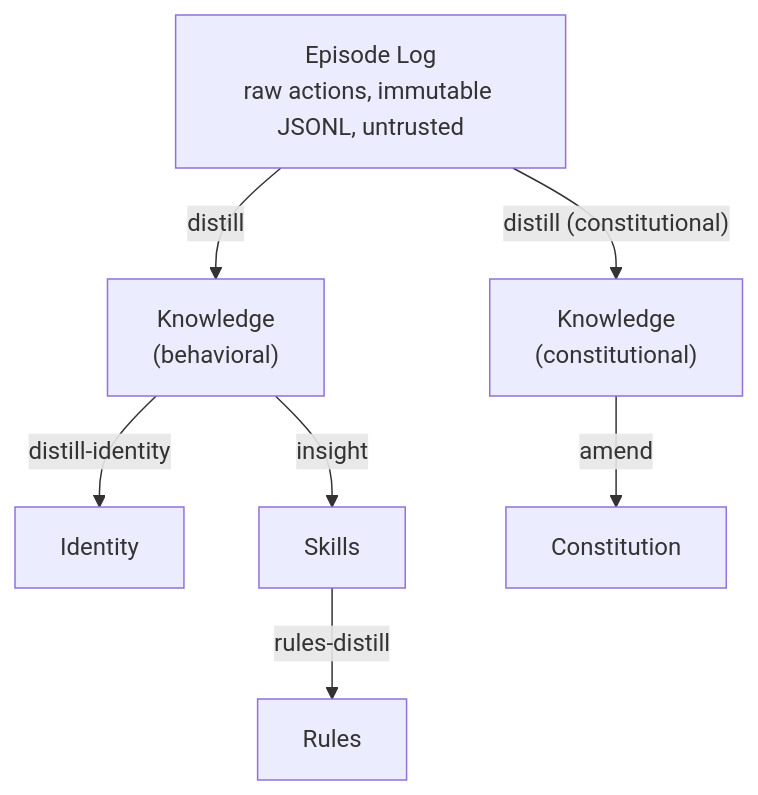
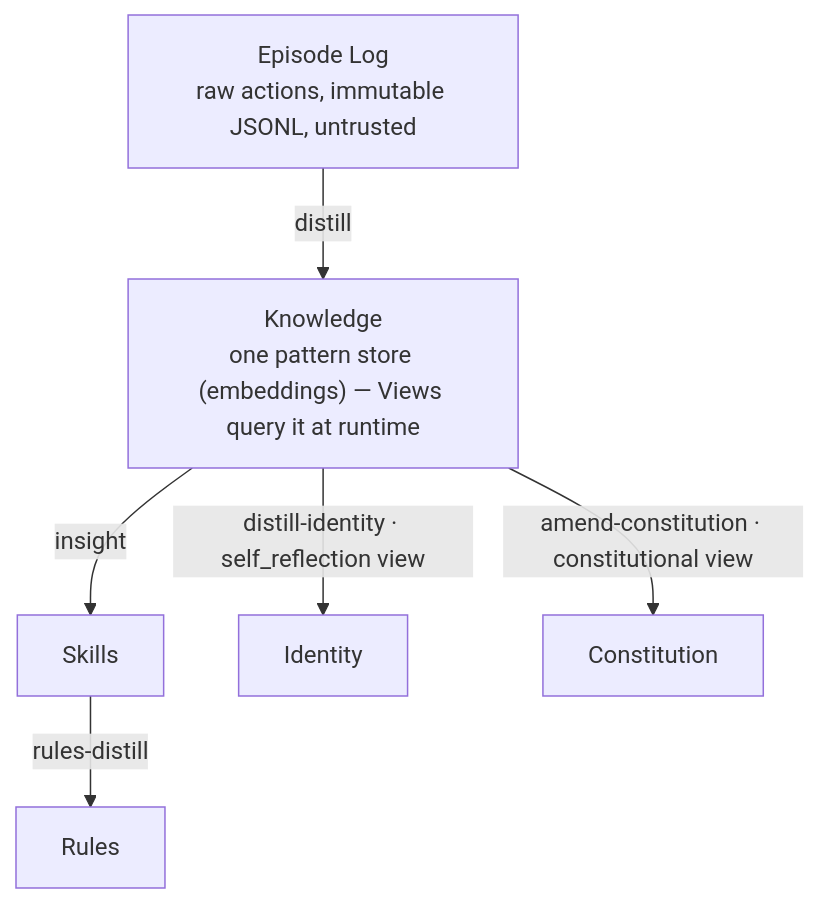
Before and after one commit to shimo4228/contemplative-agent: the diagram in README.md, drawn with Mermaid. The commit also changed other lines of this file and 3 other files, not shown here.

First line of the commit message:
docs: correct prompt count (32), restore DeepWiki/GitMCP badges, fix How It Works diagram

````diff
--- a/README.md
+++ b/README.md
@@ -36,12 +35,10 @@
 ```mermaid
 graph TD
     EL["Episode Log<br/>raw actions, immutable JSONL, untrusted"]
-    KB["Knowledge<br/>(behavioral)"]
-    KC["Knowledge<br/>(constitutional)"]
-    EL -->|distill| KB
-    EL -->|"distill (constitutional)"| KC
-    KB -->|distill-identity| Identity
-    KB -->|insight| Skills
+    K["Knowledge<br/>one pattern store (embeddings) — Views query it at runtime"]
+    EL -->|distill| K
+    K -->|insight| Skills
     Skills -->|rules-distill| Rules
-    KC -->|amend| Constitution
+    K -->|"distill-identity · self_reflection view"| Identity
+    K -->|"amend-constitution · constitutional view"| Constitution
 ```
````
